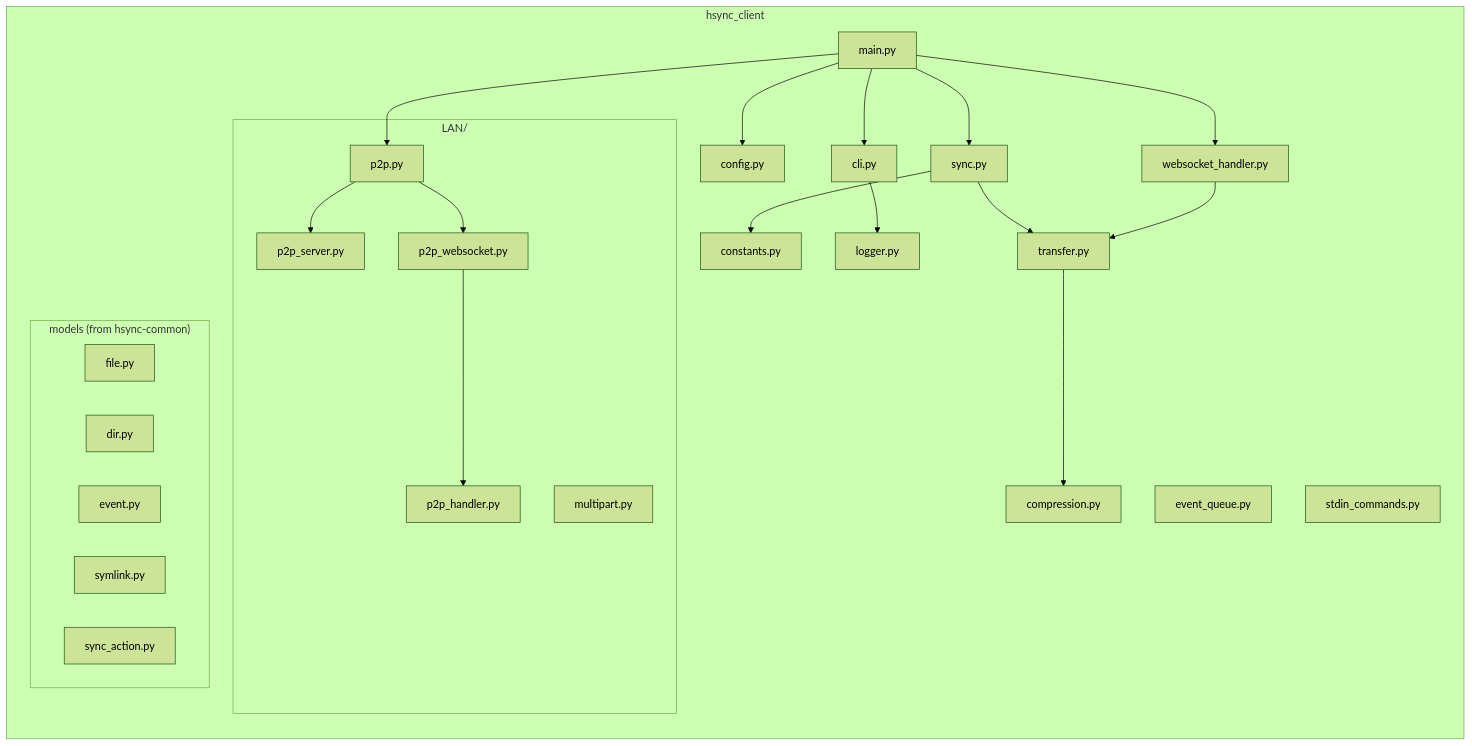
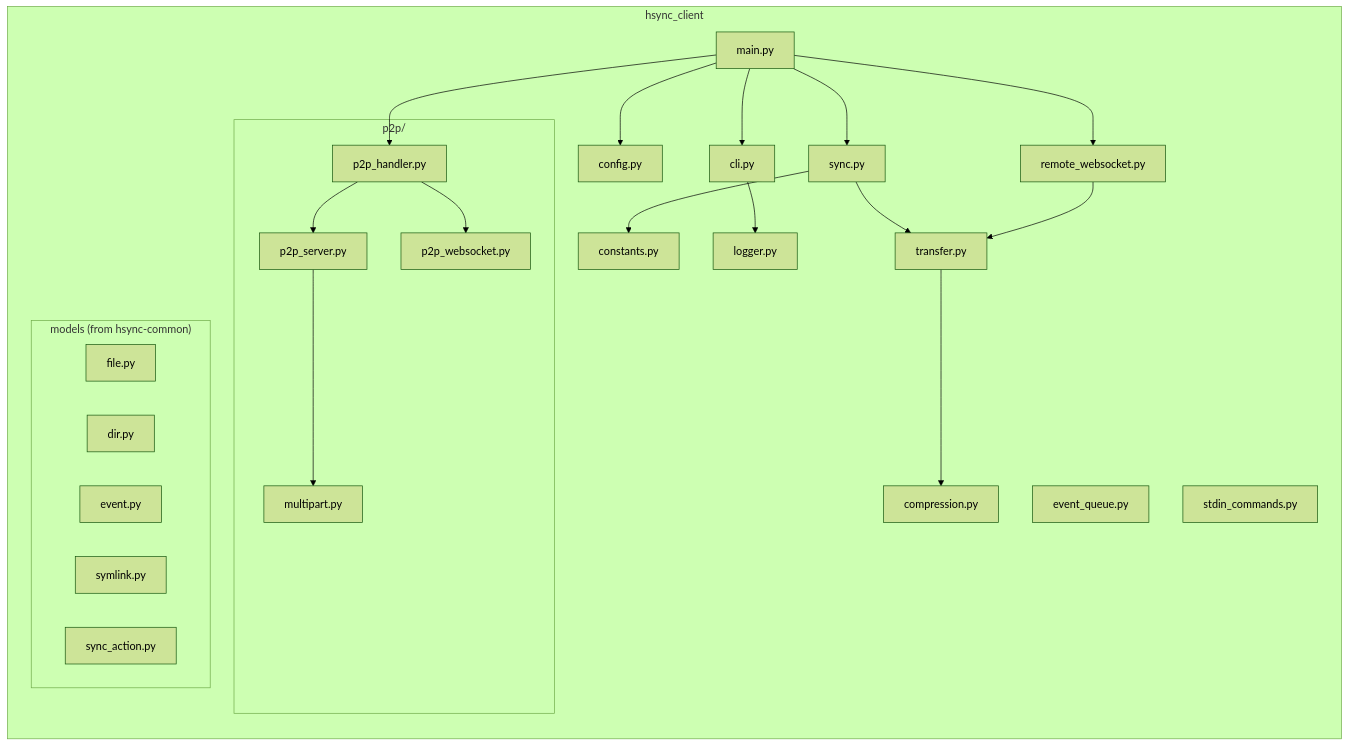
One commit to albertsdk/hsync-client changed the first of 3 diagrams in docs/internal/developer.md. Above: the diagram before and after it, drawn with Mermaid (forest theme). The commit also changed other lines of this file and 6 other files, not shown here.

````diff
--- a/docs/internal/developer.md
+++ b/docs/internal/developer.md
@@ -23,46 +23,45 @@
 ```mermaid
 graph LR
     subgraph "hsync_client"
         main[main.py]
         cli[cli.py]
         config[config.py]
         constants[constants.py]
         sync[sync.py]
         transfer[transfer.py]
-        websocket[websocket_handler.py]
+        websocket[remote_websocket.py]
         logger[logger.py]
         event_queue[event_queue.py]
         compression[compression.py]
         stdin[stdin_commands.py]
 
-        subgraph "LAN/"
-            lan[p2p.py]
+        subgraph "p2p/"
             p2p_server[p2p_server.py]
             multipart[multipart.py]
             p2p_websocket[p2p_websocket.py]
             p2p_handler[p2p_handler.py]
         end
 
         subgraph "models (from hsync-common)"
             file[file.py]
             dir[dir.py]
             event[event.py]
             symlink[symlink.py]
             sync_action[sync_action.py]
         end
     end
 
     main --> cli
     main --> config
     main --> sync
     main --> websocket
     sync --> transfer
     sync --> constants
     websocket --> transfer
     cli --> logger
-    main --> lan
-    lan --> p2p_server
-    lan --> p2p_websocket
-    p2p_websocket --> p2p_handler
+    main --> p2p_handler
+    p2p_handler --> p2p_server
+    p2p_handler --> p2p_websocket
+    p2p_server --> multipart
     transfer --> compression
 ```
````
